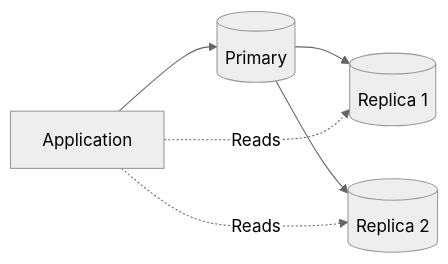
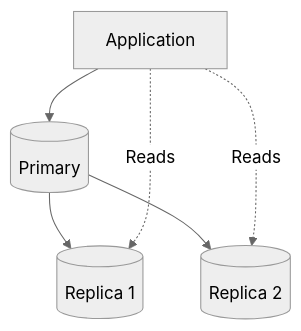
The third of 5 diagrams in basics/databases.md (spawn08/system-design-interview), drawn with Mermaid (neutral theme) before and after one commit. The commit also changed other lines of this file and 4 other files, not shown here.

````diff
--- a/basics/databases.md
+++ b/basics/databases.md
@@ -235,9 +589,9 @@
 ```mermaid
-flowchart LR
-    App[Application] --> Master[(Primary)]
-    Master --> Replica1[(Replica 1)]
-    Master --> Replica2[(Replica 2)]
+flowchart TD
+    App[Application] --> Primary[(Primary)]
+    Primary --> Replica1[(Replica 1)]
+    Primary --> Replica2[(Replica 2)]
     
     App -.->|Reads| Replica1
     App -.->|Reads| Replica2
 ```
````
